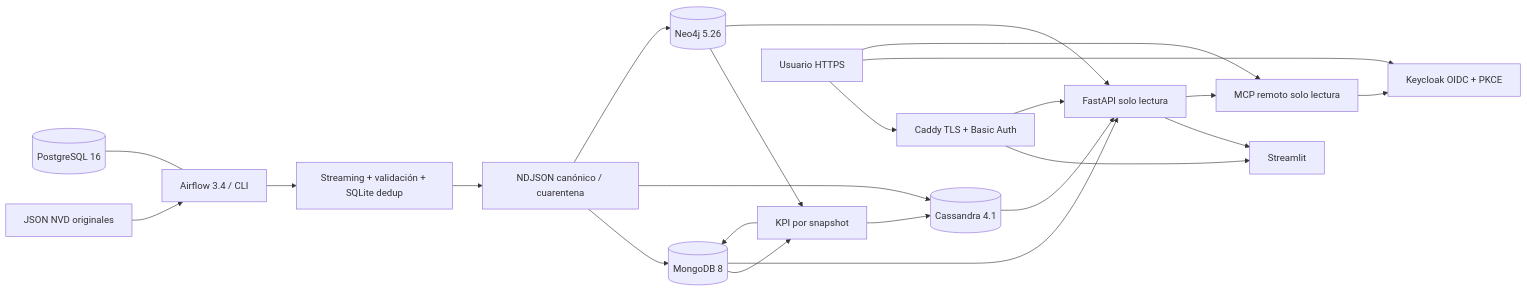
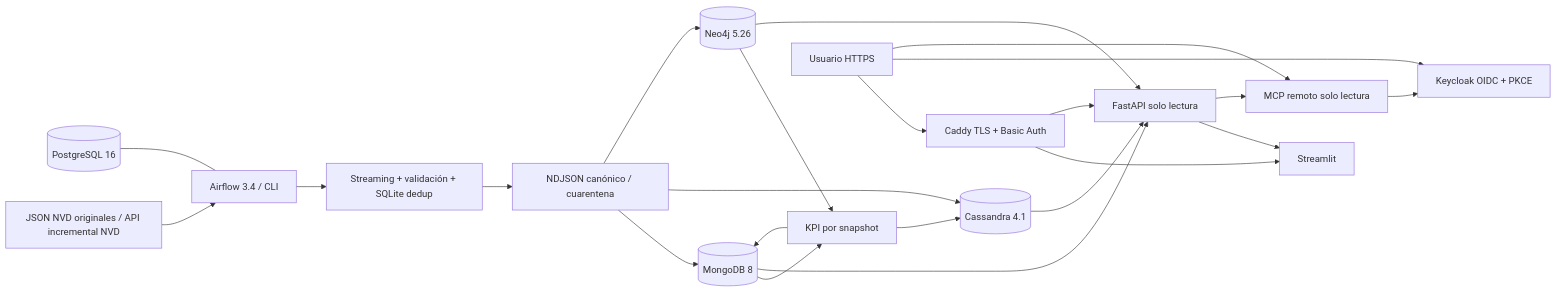
The diagram in docs/architecture/system.md (steve-ricapa/Big_Data_Proy2), drawn with Mermaid before and after one commit. The commit also changed other lines of this file and 37 other files, not shown here.

````diff
--- a/docs/architecture/system.md
+++ b/docs/architecture/system.md
@@ -8,25 +8,25 @@
 ```mermaid
 flowchart LR
-  F[JSON NVD originales] --> A[Airflow 3.4 / CLI]
+  F[JSON NVD originales / API incremental NVD] --> A[Airflow 3.4 / CLI]
   A --> V[Streaming + validación + SQLite dedup]
   V --> N[NDJSON canónico / cuarentena]
   N --> M[(MongoDB 8)]
   N --> C[(Cassandra 4.1)]
   N --> G[(Neo4j 5.26)]
   M --> K[KPI por snapshot]
   G --> K
   K --> C
   K --> M
   M --> API[FastAPI solo lectura]
   G --> API
   C --> API
   API --> D[Streamlit]
   API --> MCP[MCP remoto solo lectura]
   U[Usuario HTTPS] --> Caddy[Caddy TLS + Basic Auth]
   Caddy --> D
   Caddy --> API
   U --> OAuth[Keycloak OIDC + PKCE]
   U --> MCP
   MCP --> OAuth
   P[(PostgreSQL 16)] --- A
 ```
````
